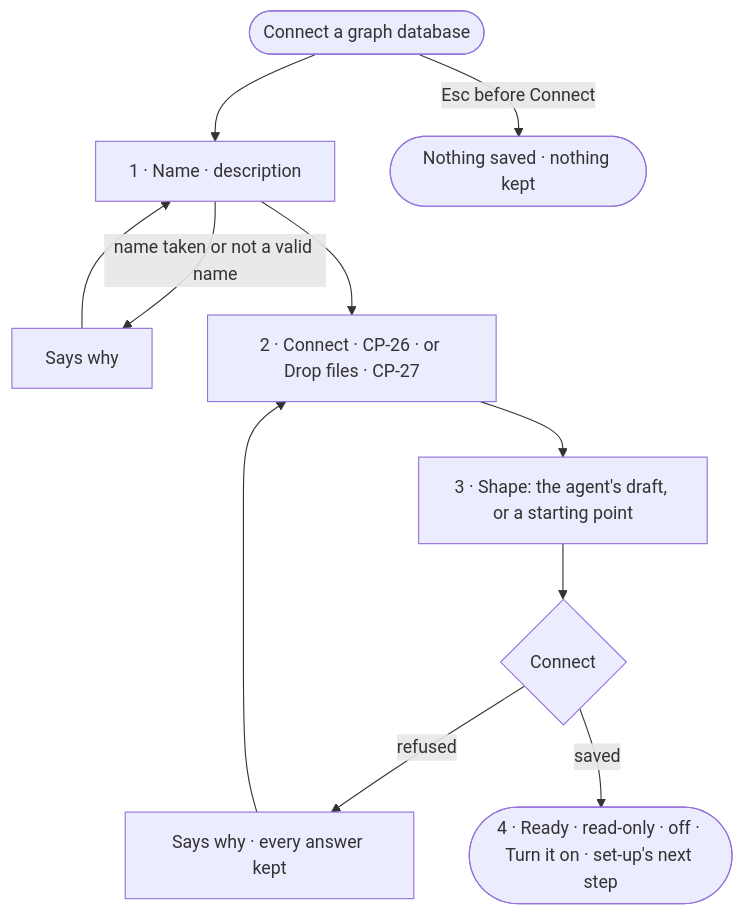
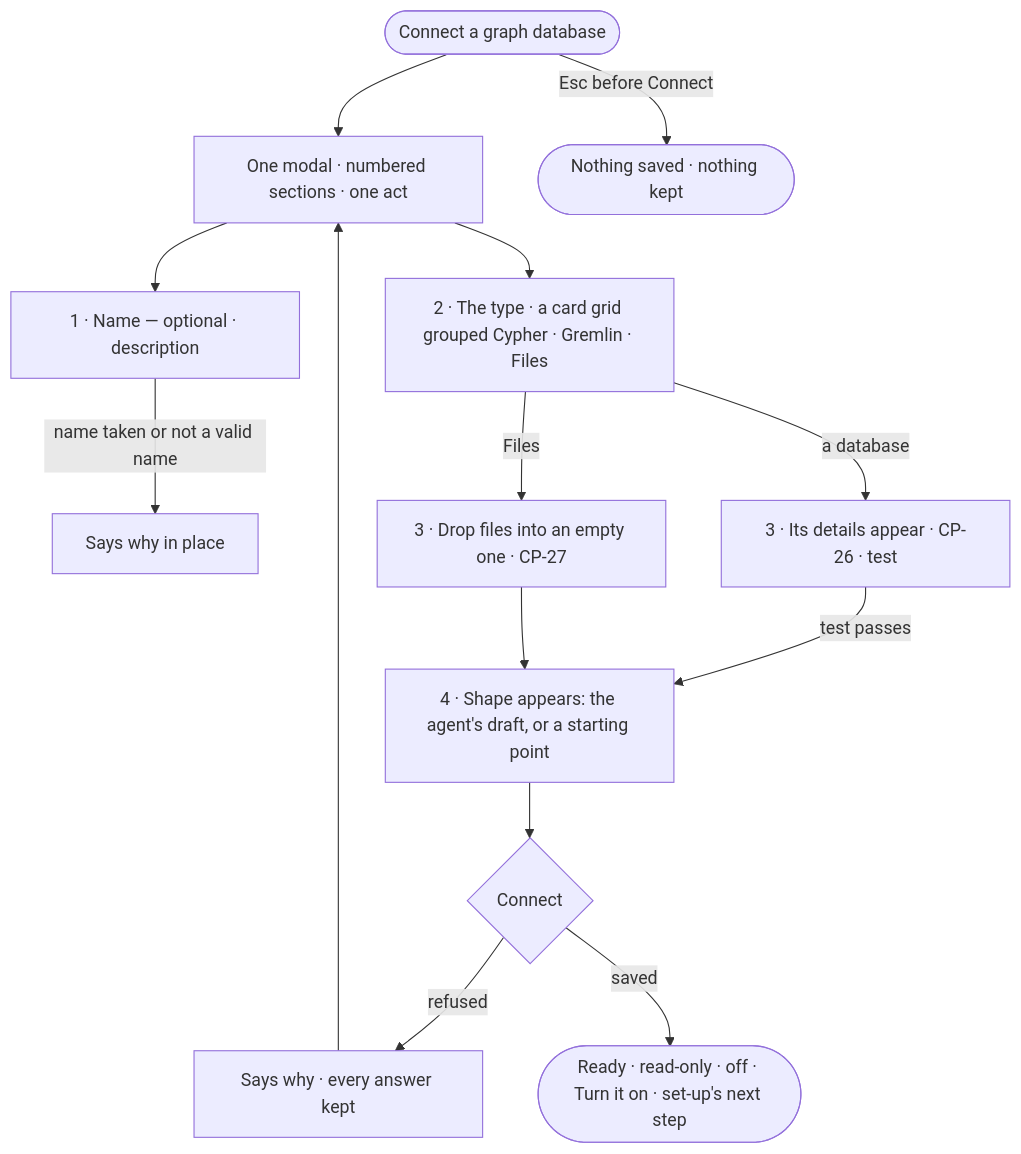
One commit to invana/invana changed the diagram in specs/os/control/features/CP-F05-graph-databases/stories/CP-25-connect-a-graph-database-in-one-modal-of-steps/story.md. Above: the diagram before and after it, drawn with Mermaid. The commit also changed other lines of this file and 106 other files, not shown here.

````diff
--- a/specs/os/control/features/CP-F05-graph-databases/stories/CP-25-connect-a-graph-database-in-one-modal-of-steps/story.md
+++ b/specs/os/control/features/CP-F05-graph-databases/stories/CP-25-connect-a-graph-database-in-one-modal-of-steps/story.md
@@ -27,11 +27,15 @@
 ```mermaid
 flowchart TD
-  o([Connect a graph database]) --> s1["1 · Name · description"]
-  s1 -->|name taken or not a valid name| t["Says why"] --> s1
-  s1 --> s2["2 · Connect · CP-26 · or Drop files · CP-27"]
-  s2 --> s3["3 · Shape: the agent's draft, or a starting point"]
-  s3 --> cn{"Connect"}
-  cn -->|refused| rf["Says why · every answer kept"] --> s2
-  cn -->|saved| s4(["4 · Ready · read-only · off · Turn it on · set-up's next step"])
+  o([Connect a graph database]) --> m["One modal · numbered sections · one act"]
+  m --> s1["1 · Name — optional · description"]
+  s1 -->|name taken or not a valid name| t["Says why in place"]
+  m --> s2["2 · The type · a card grid grouped Cypher · Gremlin · Files"]
+  s2 -->|a database| s3["3 · Its details appear · CP-26 · test"]
+  s2 -->|Files| s3f["3 · Drop files into an empty one · CP-27"]
+  s3 -->|test passes| s4["4 · Shape appears: the agent's draft, or a starting point"]
+  s3f --> s4
+  s4 --> cn{"Connect"}
+  cn -->|refused| rf["Says why · every answer kept"] --> m
+  cn -->|saved| rd(["Ready · read-only · off · Turn it on · set-up's next step"])
   o -->|Esc before Connect| x(["Nothing saved · nothing kept"])
 ```
````
